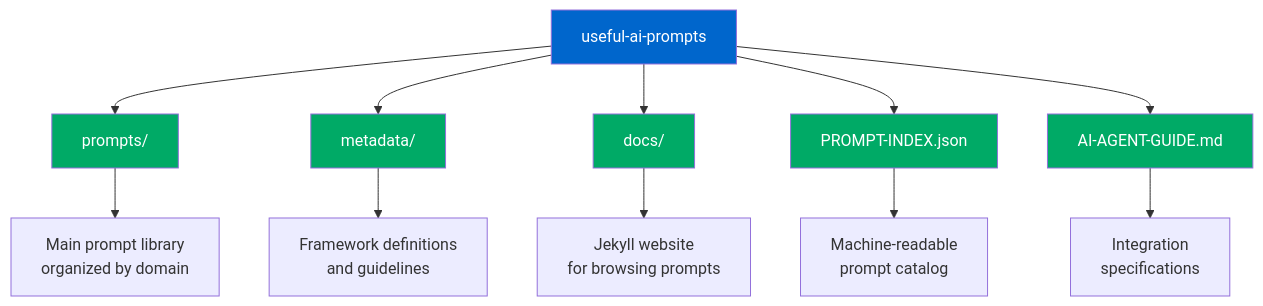
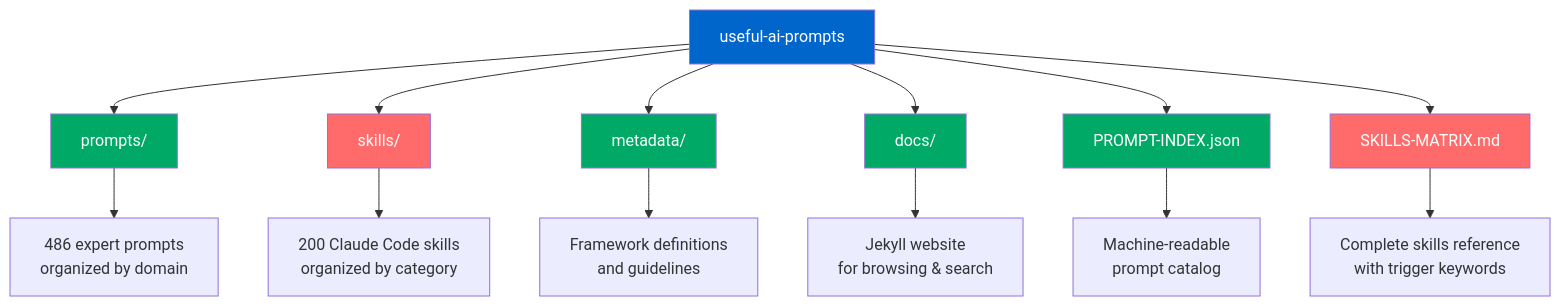
The fourth of 4 diagrams in README.md (aj-geddes/useful-ai-prompts), drawn with Mermaid before and after one commit. The commit also changed other lines of this file and 8 other files, not shown here.

First line of the commit message:
Add comprehensive skills library for Claude Code

````diff
--- a/README.md
+++ b/README.md
@@ -209,21 +330,24 @@
 ```mermaid
 graph TD
     A[useful-ai-prompts] --> B[prompts/]
-    A --> C[metadata/]
-    A --> D[docs/]
-    A --> E[PROMPT-INDEX.json]
-    A --> F[AI-AGENT-GUIDE.md]
+    A --> C[skills/]
+    A --> D[metadata/]
+    A --> E[docs/]
+    A --> F[PROMPT-INDEX.json]
+    A --> G[SKILLS-MATRIX.md]
 
-    B --> B1[Main prompt library<br/>organized by domain]
-    C --> C1[Framework definitions<br/>and guidelines]
-    D --> D1[Jekyll website<br/>for browsing prompts]
-    E --> E1[Machine-readable<br/>prompt catalog]
-    F --> F1[Integration<br/>specifications]
+    B --> B1[486 expert prompts<br/>organized by domain]
+    C --> C1[200 Claude Code skills<br/>organized by category]
+    D --> D1[Framework definitions<br/>and guidelines]
+    E --> E1[Jekyll website<br/>for browsing & search]
+    F --> F1[Machine-readable<br/>prompt catalog]
+    G --> G1[Complete skills reference<br/>with trigger keywords]
 
     style A fill:#0066cc,color:#fff
     style B fill:#00aa66,color:#fff
-    style C fill:#00aa66,color:#fff
+    style C fill:#ff6b6b,color:#fff
     style D fill:#00aa66,color:#fff
     style E fill:#00aa66,color:#fff
     style F fill:#00aa66,color:#fff
+    style G fill:#ff6b6b,color:#fff
 ```
````
